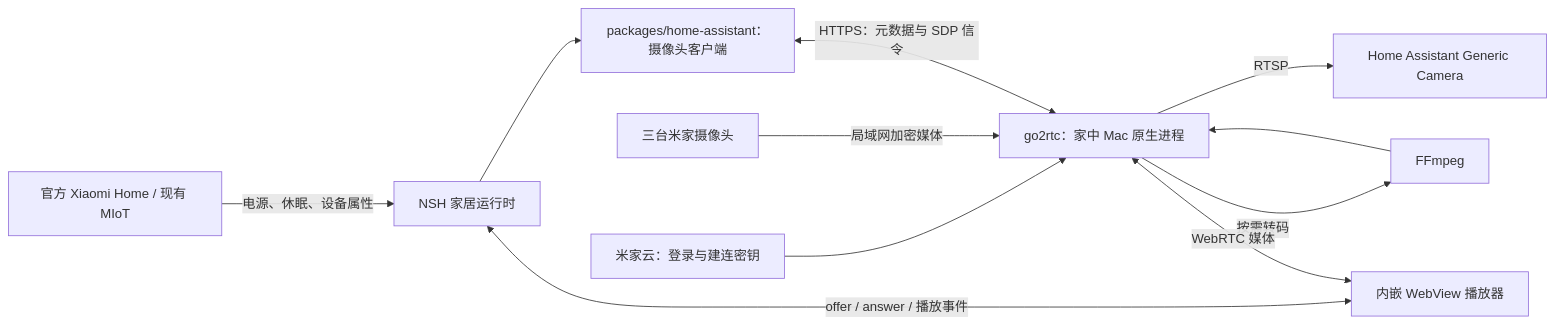
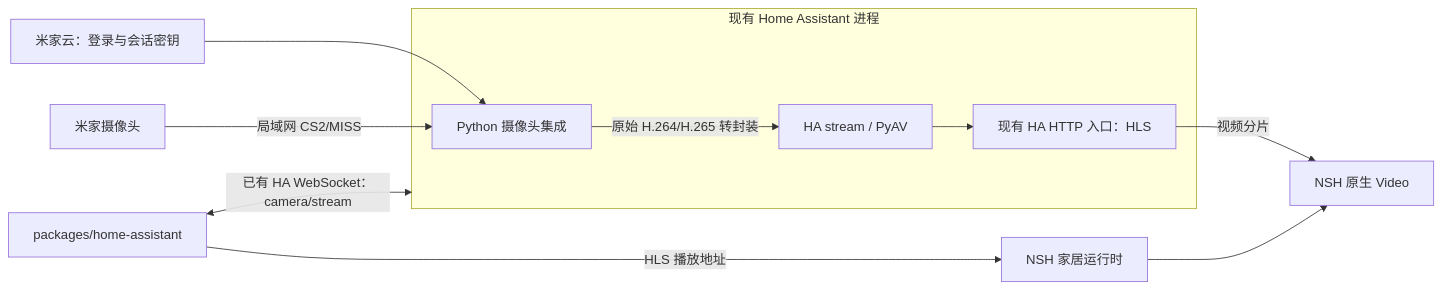
The diagram in docs/plans/xiaomi-camera-streaming-plan.md (GrinZero/super-looi), drawn with Mermaid before and after one commit. The commit also changed other lines of this file and 3 other files, not shown here.

````diff
--- a/docs/plans/xiaomi-camera-streaming-plan.md
+++ b/docs/plans/xiaomi-camera-streaming-plan.md
@@ -13,13 +13,13 @@
 ```mermaid
 flowchart LR
-  MI[米家云：登录与建连密钥] --> G[go2rtc：家中 Mac 原生进程]
-  CAM[三台米家摄像头] -->|局域网加密媒体| G
-  G -->|按需转码| F[FFmpeg]
-  F --> G
-  G -->|RTSP| HA[Home Assistant Generic Camera]
-  PKG[packages/home-assistant：摄像头客户端] <-->|HTTPS：元数据与 SDP 信令| G
-  APP[NSH 家居运行时] --> PKG
-  APP <-->|offer / answer / 播放事件| WV[内嵌 WebView 播放器]
-  G <-->|WebRTC 媒体| WV
-  XH[官方 Xiaomi Home / 现有 MIoT] -->|电源、休眠、设备属性| APP
+  CLOUD[米家云：登录与会话密钥] --> NATIVE
+  CAM[米家摄像头] -->|局域网 CS2/MISS| NATIVE
+  subgraph HA[现有 Home Assistant 进程]
+    NATIVE[Python 摄像头集成] -->|原始 H.264/H.265 转封装| STREAM[HA stream / PyAV]
+    STREAM --> HLS[现有 HA HTTP 入口：HLS]
+  end
+  PKG[packages/home-assistant] <-->|已有 HA WebSocket：camera/stream| HA
+  PKG -->|HLS 播放地址| APP[NSH 家居运行时]
+  HLS -->|视频分片| VIDEO[NSH 原生 Video]
+  APP --> VIDEO
 ```
````
